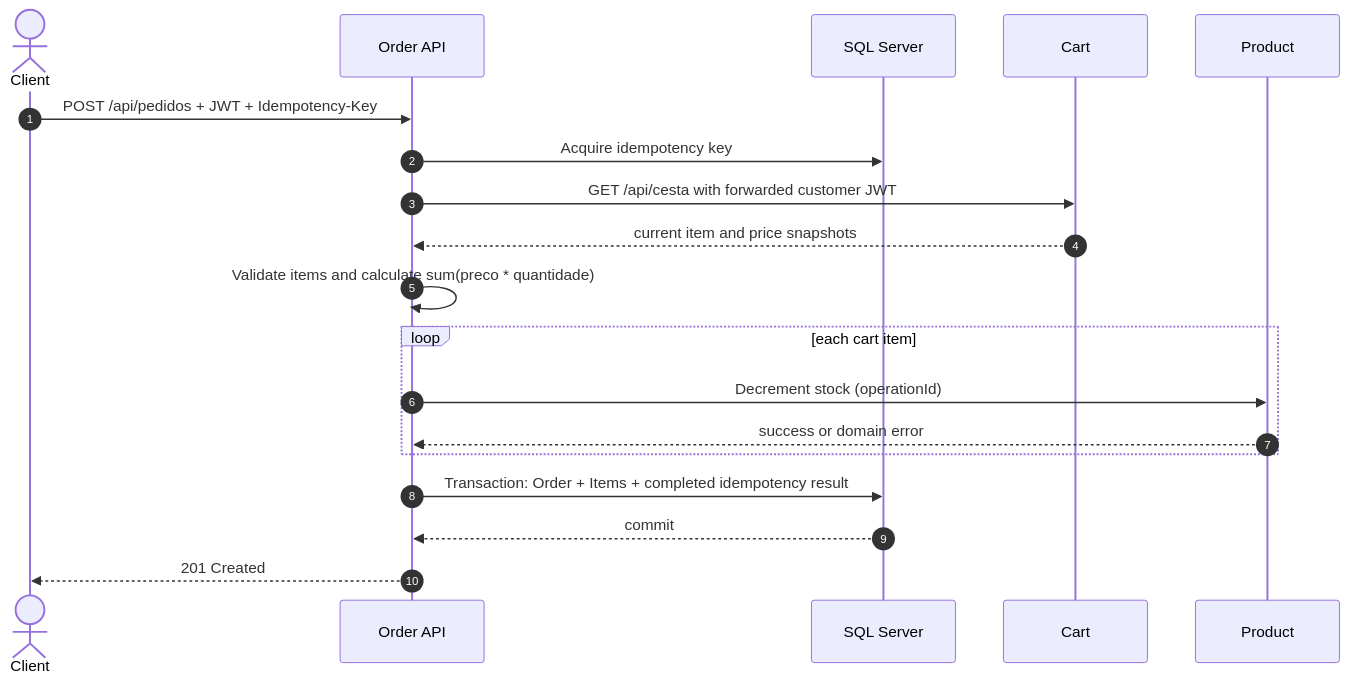
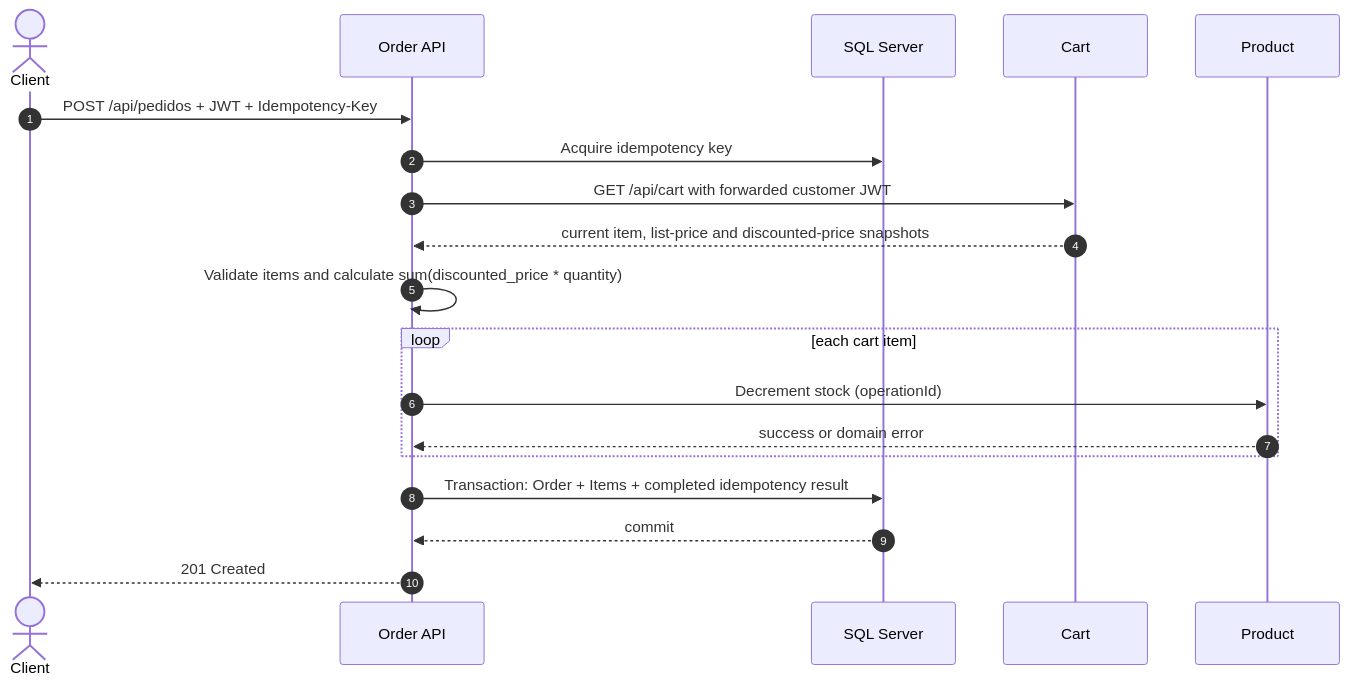
Before and after one commit to Back-End-Cloud-Computing/order: the second of 4 diagrams in docs/SDD.md, drawn with Mermaid. The commit also changed other lines of this file and 30 other files, not shown here.

````diff
--- a/docs/SDD.md
+++ b/docs/SDD.md
@@ -173,22 +173,22 @@
 ```mermaid
 sequenceDiagram
     autonumber
     actor Client
     participant O as Order API
     participant DB as SQL Server
     participant C as Cart
     participant P as Product
 
     Client->>O: POST /api/pedidos + JWT + Idempotency-Key
     O->>DB: Acquire idempotency key
-    O->>C: GET /api/cesta with forwarded customer JWT
-    C-->>O: current item and price snapshots
-    O->>O: Validate items and calculate sum(preco * quantidade)
+    O->>C: GET /api/cart with forwarded customer JWT
+    C-->>O: current item, list-price and discounted-price snapshots
+    O->>O: Validate items and calculate sum(discounted_price * quantity)
     loop each cart item
         O->>P: Decrement stock (operationId)
         P-->>O: success or domain error
     end
     O->>DB: Transaction: Order + Items + completed idempotency result
     DB-->>O: commit
     O-->>Client: 201 Created
 ```
````
